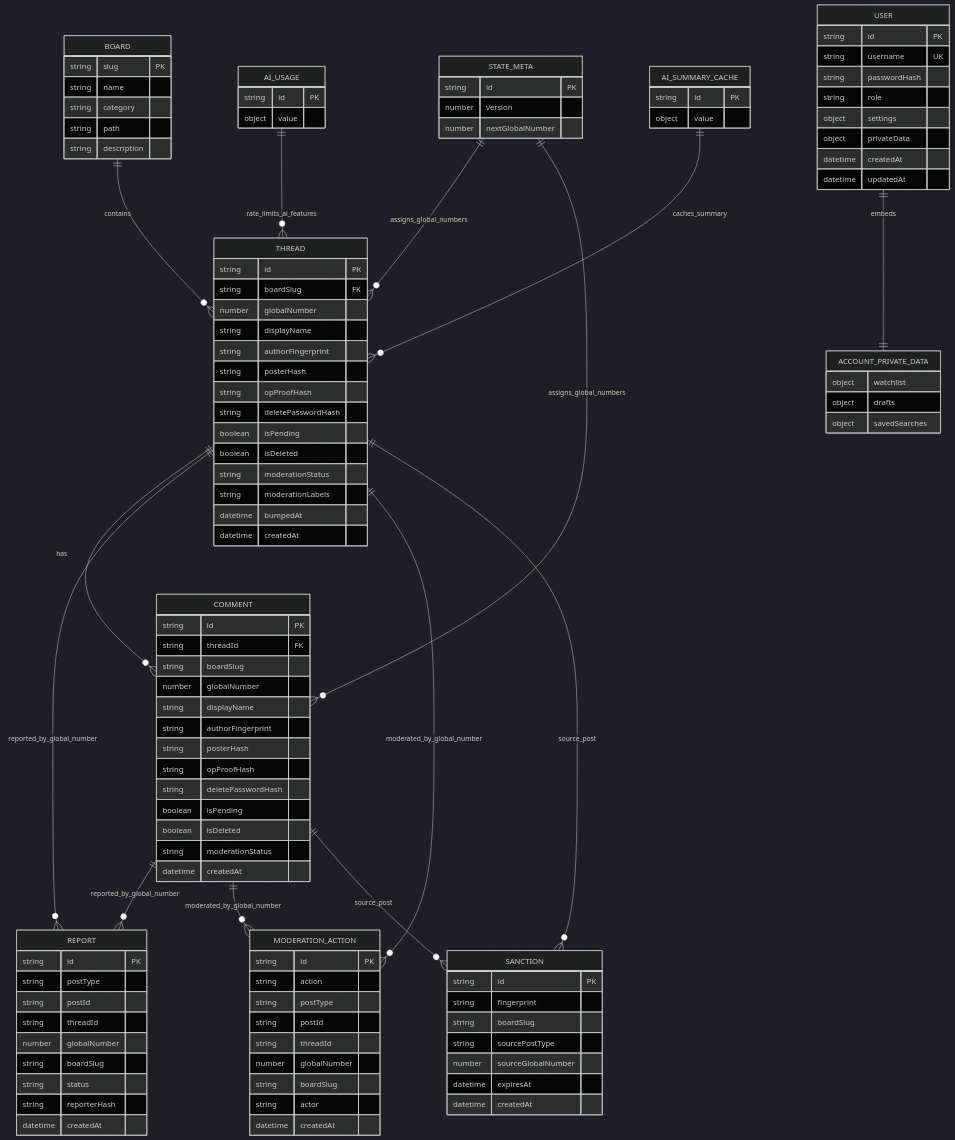
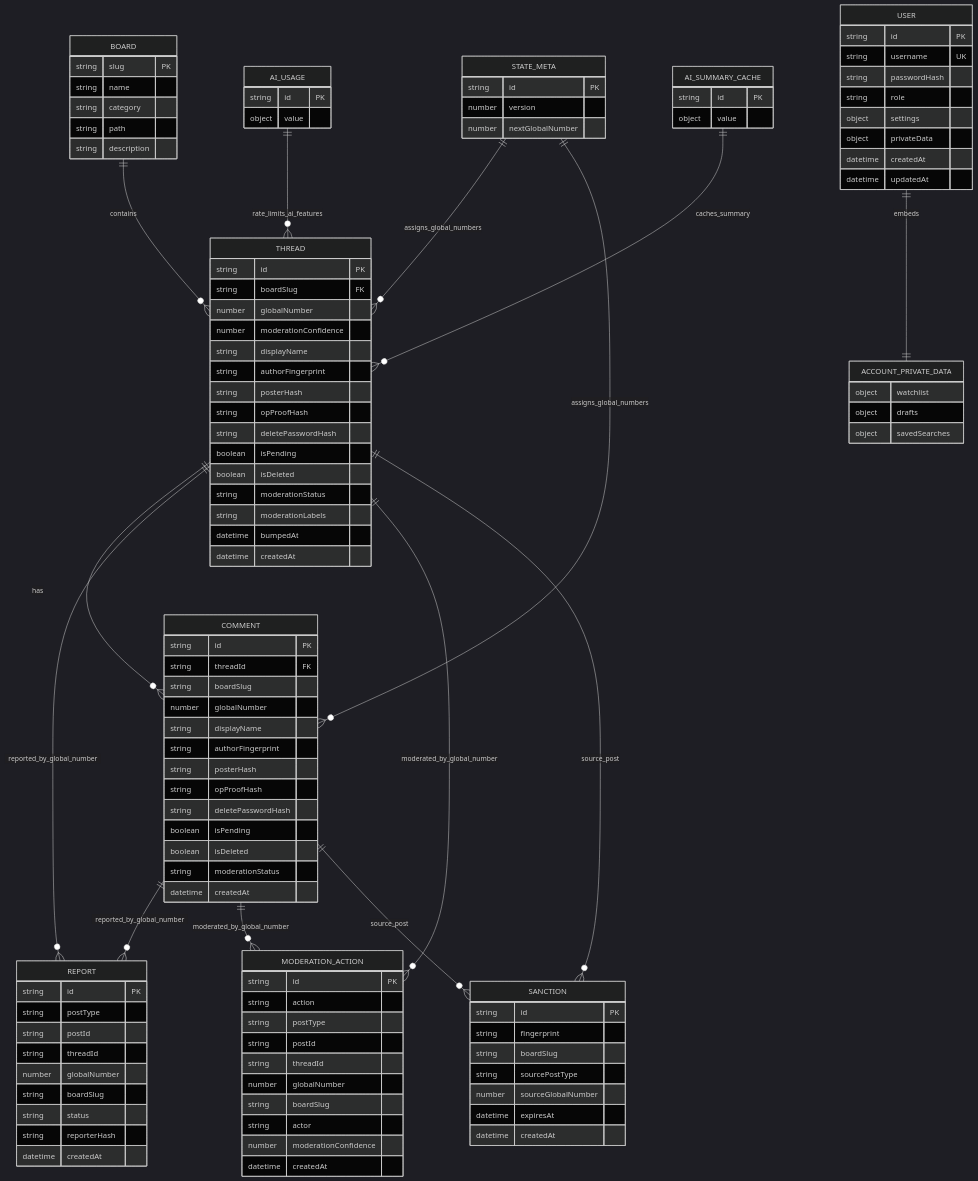
Before and after one commit to HIepNgoc2006/web-forum: the first of 4 diagrams in README.md, drawn with Mermaid (dark theme). The commit also changed other lines of this file and 14 other files, not shown here.

Commit message:
fix: add moderation confidence controls

```diff
--- a/README.md
+++ b/README.md
@@ -182,6 +183,7 @@
     string id PK
     string boardSlug FK
     number globalNumber
+    number moderationConfidence
     string displayName
     string authorFingerprint
     string posterHash
@@ -249,6 +251,7 @@
     number globalNumber
     string boardSlug
     string actor
+    number moderationConfidence
     datetime createdAt
   }
 
```
